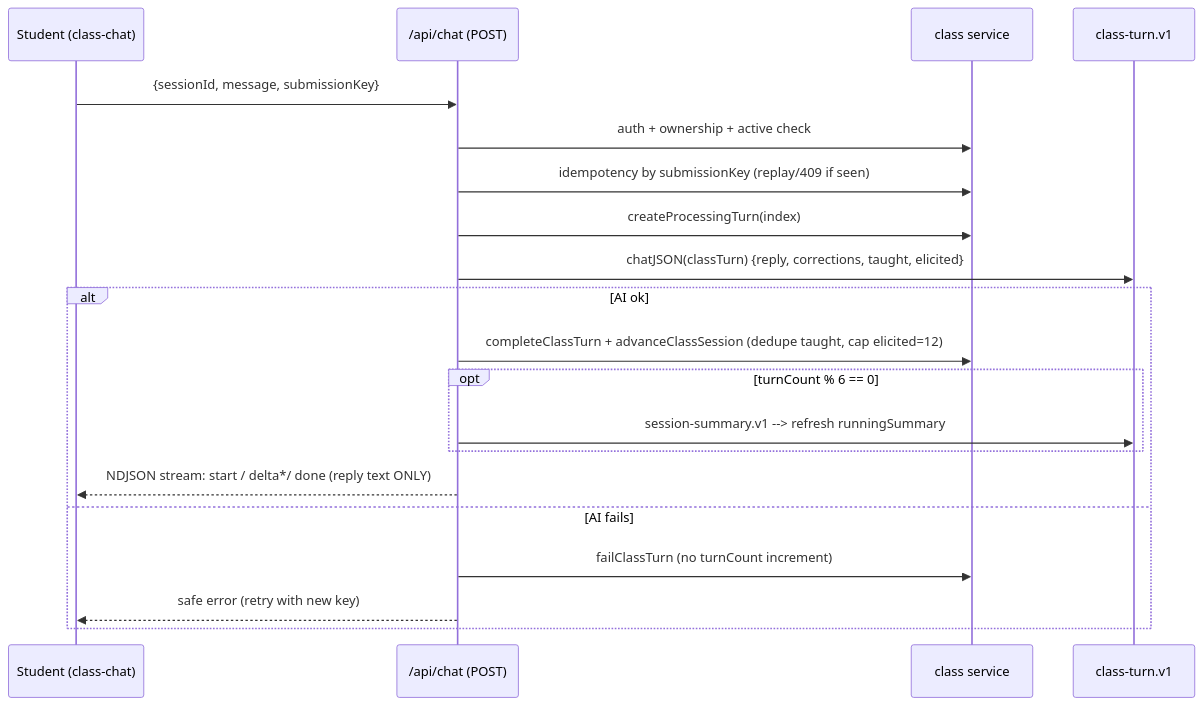
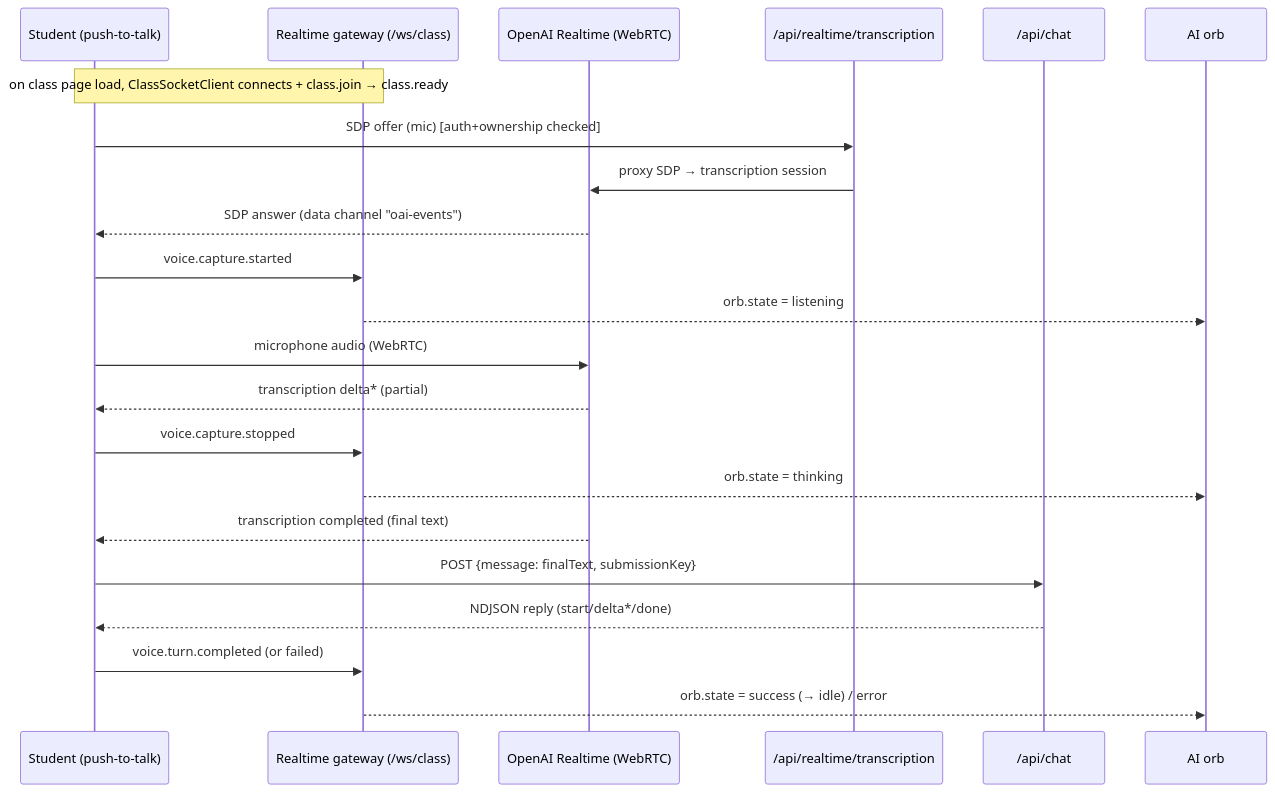
One commit to Mhmk1399/mvp-institute changed the third of 3 diagrams in docs/architecture.md. Above: the diagram before and after it, drawn with Mermaid. The commit also changed other lines of this file and 10 other files, not shown here.

````diff
--- a/docs/architecture.md
+++ b/docs/architecture.md
@@ -202,23 +236,25 @@
 ```mermaid
 sequenceDiagram
-  participant S as Student (class-chat)
-  participant R as /api/chat (POST)
-  participant Sv as class service
-  participant AI as class-turn.v1
+  participant U as Student (push-to-talk)
+  participant WS as Realtime gateway (/ws/class)
+  participant RTC as OpenAI Realtime (WebRTC)
+  participant Route as /api/realtime/transcription
+  participant Chat as /api/chat
+  participant Orb as AI orb
 
-  S->>R: {sessionId, message, submissionKey}
-  R->>Sv: auth + ownership + active check
-  R->>Sv: idempotency by submissionKey (replay/409 if seen)
-  R->>Sv: createProcessingTurn(index)
-  R->>AI: chatJSON(classTurn) {reply, corrections, taught, elicited}
-  alt AI ok
-    R->>Sv: completeClassTurn + advanceClassSession (dedupe taught, cap elicited=12)
-    opt turnCount % 6 == 0
-      R->>AI: session-summary.v1 --> refresh runningSummary
-    end
-    R-->>S: NDJSON stream: start / delta*/ done  (reply text ONLY)
-  else AI fails
-    R->>Sv: failClassTurn (no turnCount increment)
-    R-->>S: safe error (retry with new key)
-  end
+  Note over U,WS: on class page load, ClassSocketClient connects + class.join → class.ready
+  U->>Route: SDP offer (mic)  [auth+ownership checked]
+  Route->>RTC: proxy SDP → transcription session
+  RTC-->>U: SDP answer (data channel "oai-events")
+  U->>WS: voice.capture.started
+  WS-->>Orb: orb.state = listening
+  U->>RTC: microphone audio (WebRTC)
+  RTC-->>U: transcription delta* (partial)
+  U->>WS: voice.capture.stopped
+  WS-->>Orb: orb.state = thinking
+  RTC-->>U: transcription completed (final text)
+  U->>Chat: POST {message: finalText, submissionKey}
+  Chat-->>U: NDJSON reply (start/delta*/done)
+  U->>WS: voice.turn.completed (or failed)
+  WS-->>Orb: orb.state = success (→ idle) / error
 ```
````
